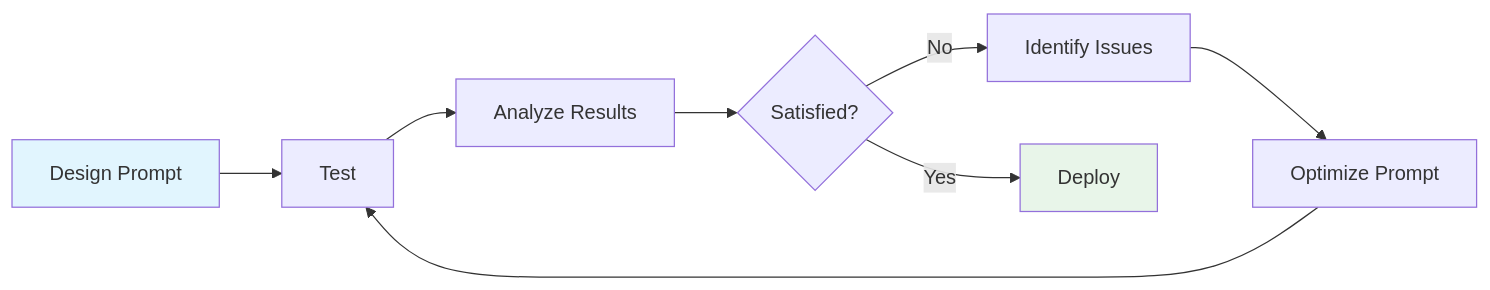
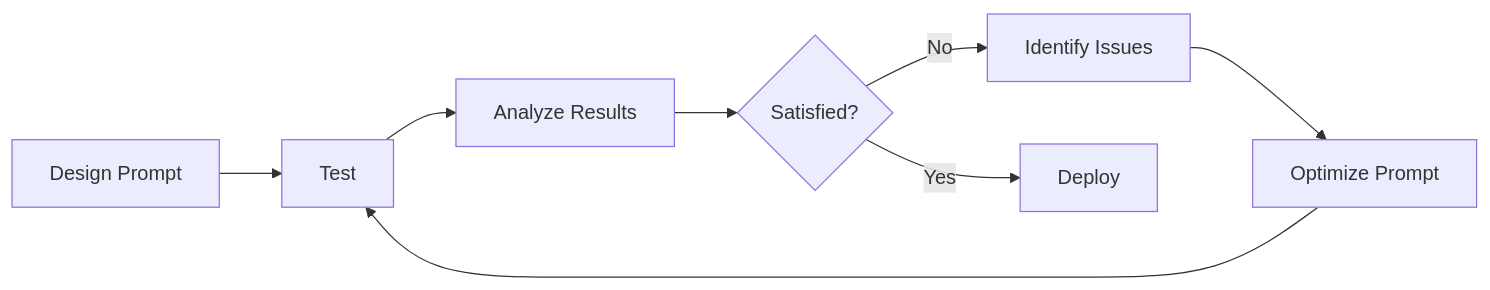
Before and after one commit to yuexiaoliang/prompt-engineering-learning: the fifth of 6 diagrams in 02-basics-en.md, drawn with Mermaid. The commit also changed other lines of this file, not shown here.

Commit message:
fix: remove hardcoded fill colors from mermaid diagrams for light/dark theme adaptation

````diff
--- a/02-basics-en.md
+++ b/02-basics-en.md
@@ -574,13 +563,10 @@
 ```mermaid
 flowchart LR
     A[Design Prompt] --> B[Test]
     B --> C[Analyze Results]
     C --> D{Satisfied?}
     D -->|No| E[Identify Issues]
     E --> F[Optimize Prompt]
     F --> B
     D -->|Yes| G[Deploy]
-
-    style A fill:#e1f5fe
-    style G fill:#e8f5e9
 ```
````
